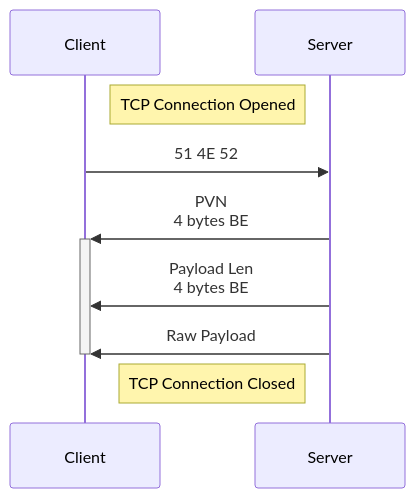
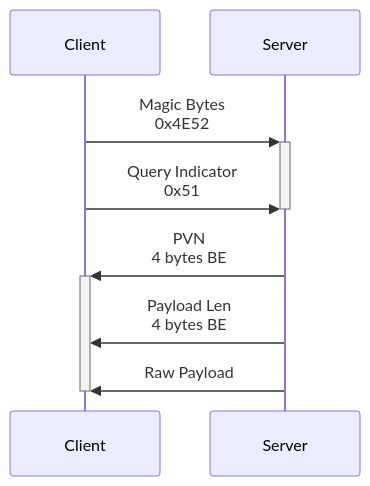
The diagram in src/common/queries.md (inertya/spec), drawn with Mermaid before and after one commit. The commit also changed other lines of this file and 1 other file, not shown here.

Commit message:
magic bytes & mode indicators

````diff
--- a/src/common/queries.md
+++ b/src/common/queries.md
@@ -28,13 +29,13 @@
 ```mermaid
 sequenceDiagram
-    participant C as Client
+    participant  C as Client
     participant S as Server
 
-    Note right of C: TCP Connection Opened
-    C->>S: 51 4E 52
+    C->>+S: Magic Bytes<br>0x4E52
+    C->>S: Query Indicator<br>0x51
+    deactivate S
     S->>+C: PVN<br>4 bytes BE
     S->>C: Payload Len<br>4 bytes BE
     S->>C: Raw Payload
     deactivate C
-    Note left of S: TCP Connection Closed
 ```
````
